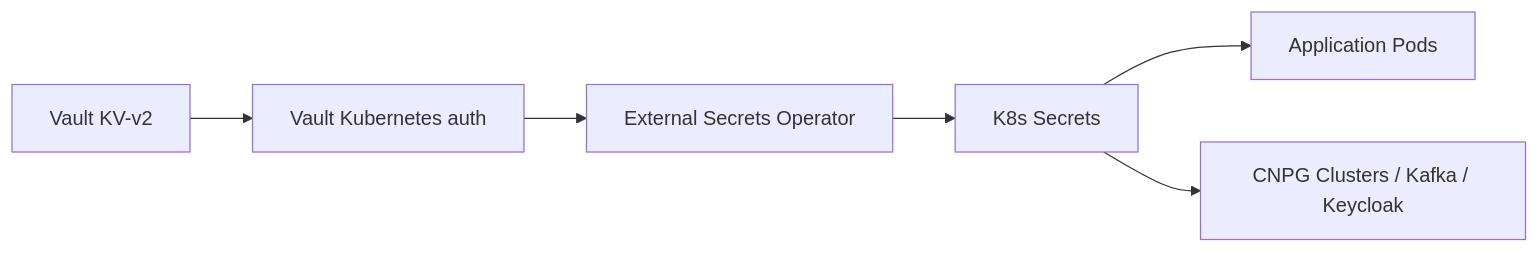
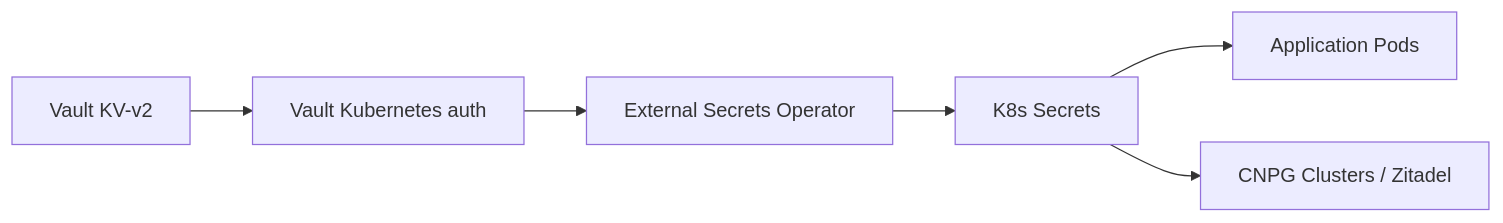
One commit to sca-templates/infra-kubernetes changed the third of 3 diagrams in docs/architecture.md. Above: the diagram before and after it, drawn with Mermaid. The commit also changed other lines of this file and 255 other files, not shown here.

First line of the commit message:
feat(platform): complete architecture decisions (#116)

````diff
--- a/docs/architecture.md
+++ b/docs/architecture.md
@@ -278,8 +278,8 @@
 ```mermaid
 graph LR
     A[Vault KV-v2] --> B[Vault Kubernetes auth]
     B --> C[External Secrets Operator]
     C --> D[K8s Secrets]
     D --> E[Application Pods]
-    D --> F[CNPG Clusters / Kafka / Keycloak]
+    D --> F[CNPG Clusters / Zitadel]
 ```
````
